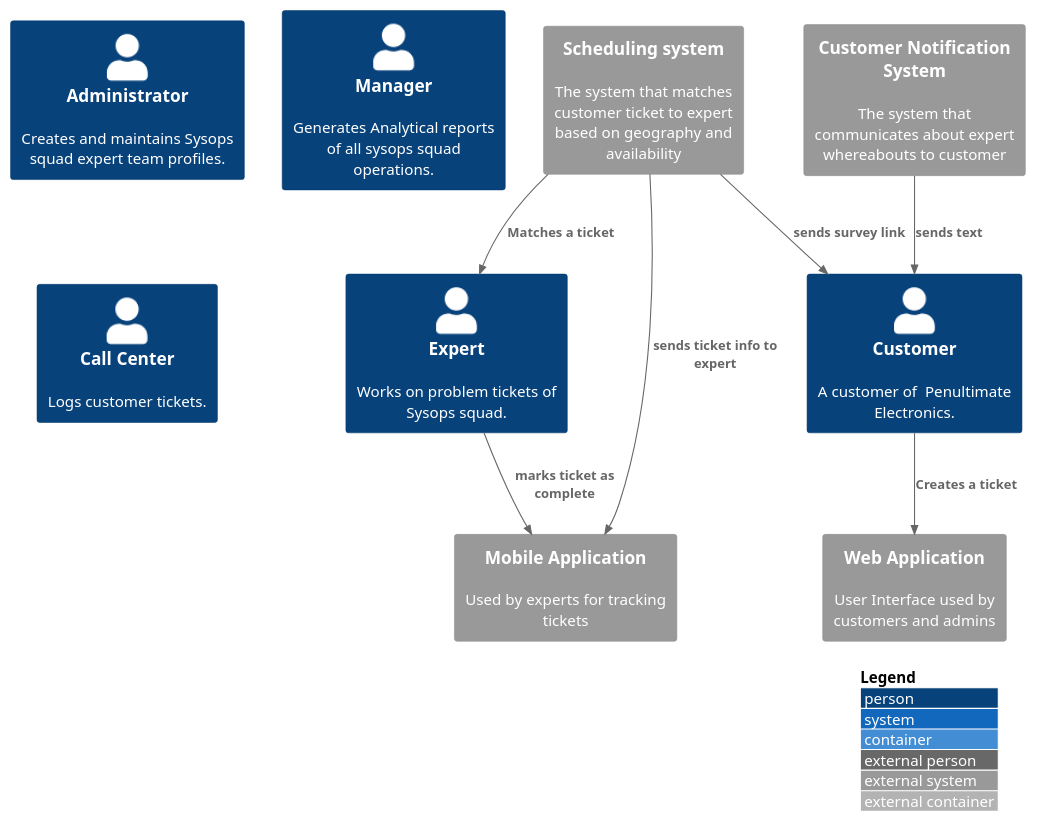
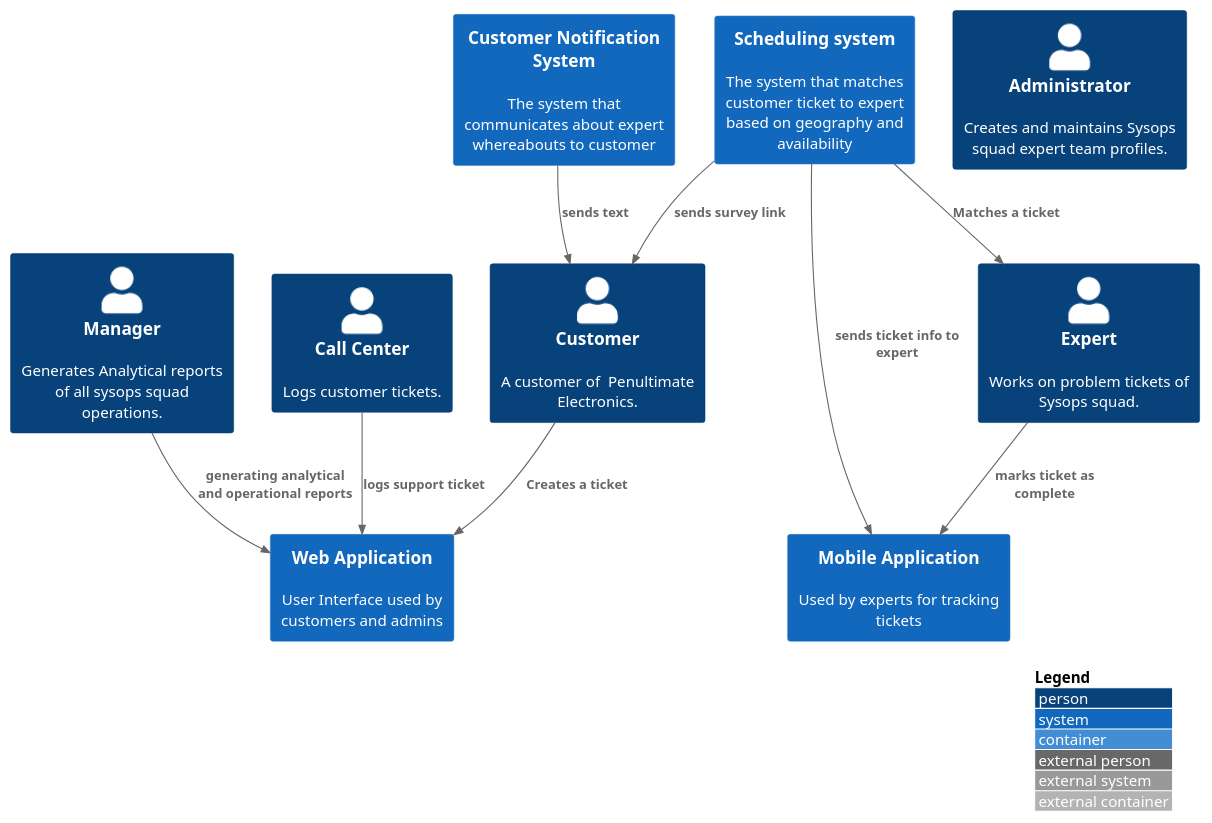
One commit to architectonics/sysopssquad changed the diagram in src/1 Sysops Squad/system.puml. Above: the diagram before and after it, drawn with PlantUML. The commit also changed 4 other files, not shown here.

```diff
--- a/src/1 Sysops Squad/system.puml
+++ b/src/1 Sysops Squad/system.puml
@@ -1,41 +1,30 @@
 @startuml
 !include https://raw.githubusercontent.com/adrianvlupu/C4-PlantUML/latest/C4_Container.puml
 
 LAYOUT_WITH_LEGEND()
 
-Person(c, "Customer", "A customer of  Penultimate Electronics.")
-Person(a, "Administrator", "Creates and maintains Sysops squad expert team profiles.")
-Person(e, "Expert", "Works on problem tickets of Sysops squad.")
-Person(m, "Manager", "Generates Analytical reports of all sysops squad operations.")
-Person(cs, "Call Center", "Logs customer tickets.")
+Person(customer, "Customer", "A customer of  Penultimate Electronics.")
+Person(admin, "Administrator", "Creates and maintains Sysops squad expert team profiles.")
+Person(expert, "Expert", "Works on problem tickets of Sysops squad.")
+Person(manager, "Manager", "Generates Analytical reports of all sysops squad operations.")
+Person(agent, "Call Center", "Logs customer tickets.")
 
 
-System_Ext(ss, "Scheduling system", "The system that matches customer ticket to expert based on geography and availability")
-System_Ext(ma, "Mobile Application", "Used by experts for tracking tickets")
-System_Ext(wa, "Web Application", "User Interface used by customers and admins")
-System_Ext(cns, "Customer Notification System", "The system that communicates about expert whereabouts to customer")
+System(ss, "Scheduling system", "The system that matches customer ticket to expert based on geography and availability")
+System(ma, "Mobile Application", "Used by experts for tracking tickets")
+System(wa, "Web Application", "User Interface used by customers and admins")
+System(cns, "Customer Notification System", "The system that communicates about expert whereabouts to customer")
 
 
-' System_Boundary(ibs, "Internet Banking") {
-'     Container(wa, "Web Application", "java and Spring MVC", "Delivers the static content and the internet banking single page application.")
-'     Container(spa, "Single Page Application", "javascript and angular", "Provides all the internet banking functionality to customers via their web browser.")
-'     Container(ma, "Mobile App", "Xamarin", "Provides a limited subset ot the internet banking functionality to customers via their mobile mobile device.")
-'     Container(db, "Database", "Relational Database Schema", "Stores user registration information, hashed authentication credentials, access logs, etc.")
-'     Container(api, "API Application", "java and String MVC", "Provides internet banking functionality via a JSON/HTTP API.")
+Rel(customer, wa, "Creates a ticket")
+Rel(ss, expert, "Matches a ticket")
+Rel(ss, ma, "sends ticket info to expert")
+Rel(cns, customer, "sends text")
+Rel(expert, ma, "marks ticket as complete")
+Rel(ss, customer, "sends survey link")
+Rel(agent, wa, "logs support ticket")
+Rel(manager, wa, "generating analytical and operational reports")
 
-'     Rel(c, es, "Sends e-mails", "SMTP")
-'     Rel(api, mbs, "Uses", "XML/HTTPS")
-'     Rel(api, db, "Reads & writes to", "JDBC")
-'     Rel(wa, spa, "Delivers")
-'     Rel(spa, api, "Uses", "JSON/HTTPS")
-'     Rel(ma, api, "Uses", "JSON/HTTPS")
-' }
 
-Rel(c, wa, "Creates a ticket")
-Rel(ss, e, "Matches a ticket")
-Rel(ss, ma, "sends ticket info to expert")
-Rel(cns, c, "sends text")
-Rel(e, ma, "marks ticket as complete")
-Rel(ss, c, "sends survey link")
 
 @enduml
```
